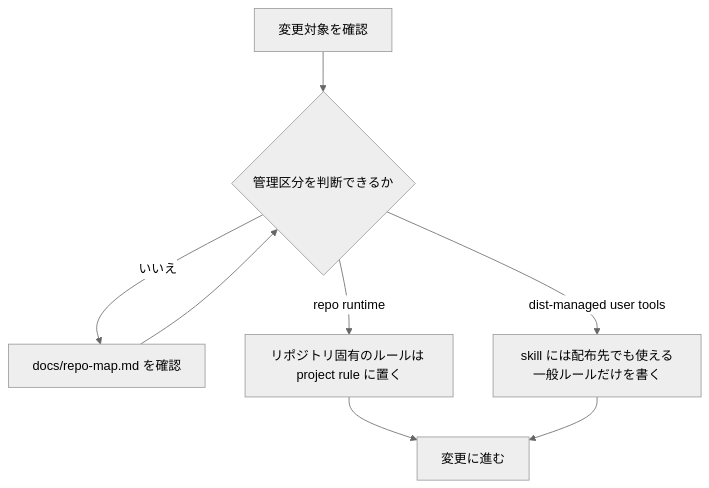
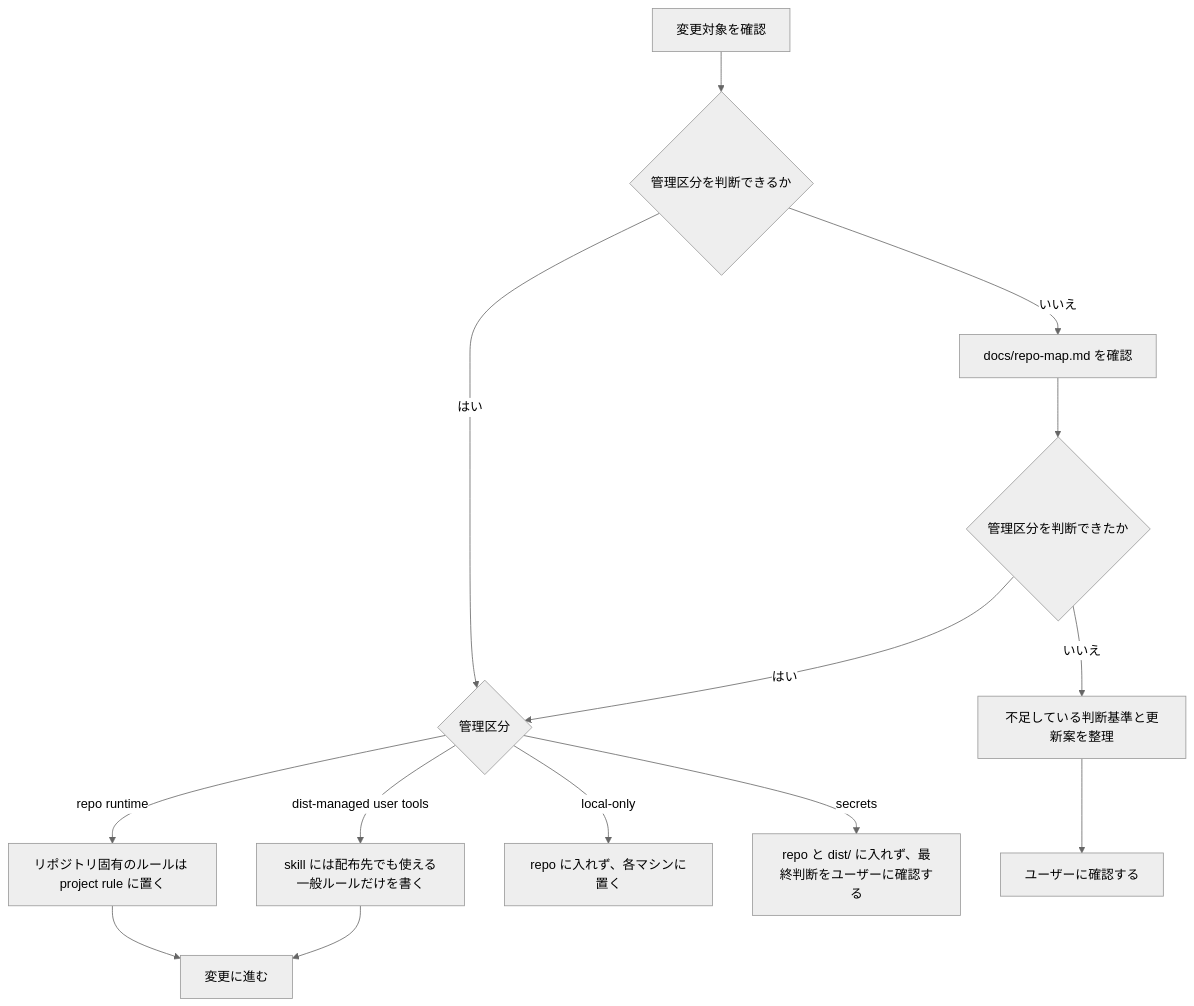
One commit to 9sako6/dotfiles changed the first of 4 diagrams in AGENTS.md. Above: the diagram before and after it, drawn with Mermaid (neutral theme).

Commit message:
docs: make management boundary fallback explicit
Stop classification when the canonical criteria are insufficient so the criteria can be improved with user confirmation.

````diff
--- a/AGENTS.md
+++ b/AGENTS.md
@@ -10,10 +10,16 @@
 ```mermaid
 flowchart TD
     start["変更対象を確認"] --> known{"管理区分を判断できるか"}
+    known -->|"はい"| boundary{"管理区分"}
     known -->|"いいえ"| map["docs/repo-map.md を確認"]
-    map --> known
-    known -->|"repo runtime"| repo["リポジトリ固有のルールは project rule に置く"]
-    known -->|"dist-managed user tools"| dist["skill には配布先でも使える一般ルールだけを書く"]
+    map --> resolved{"管理区分を判断できたか"}
+    resolved -->|"はい"| boundary
+    resolved -->|"いいえ"| proposal["不足している判断基準と更新案を整理"]
+    proposal --> ask["ユーザーに確認する"]
+    boundary -->|"repo runtime"| repo["リポジトリ固有のルールは project rule に置く"]
+    boundary -->|"dist-managed user tools"| dist["skill には配布先でも使える一般ルールだけを書く"]
+    boundary -->|"local-only"| local["repo に入れず、各マシンに置く"]
+    boundary -->|"secrets"| secrets["repo と dist/ に入れず、最終判断をユーザーに確認する"]
     repo --> change["変更に進む"]
     dist --> change
 ```
````
